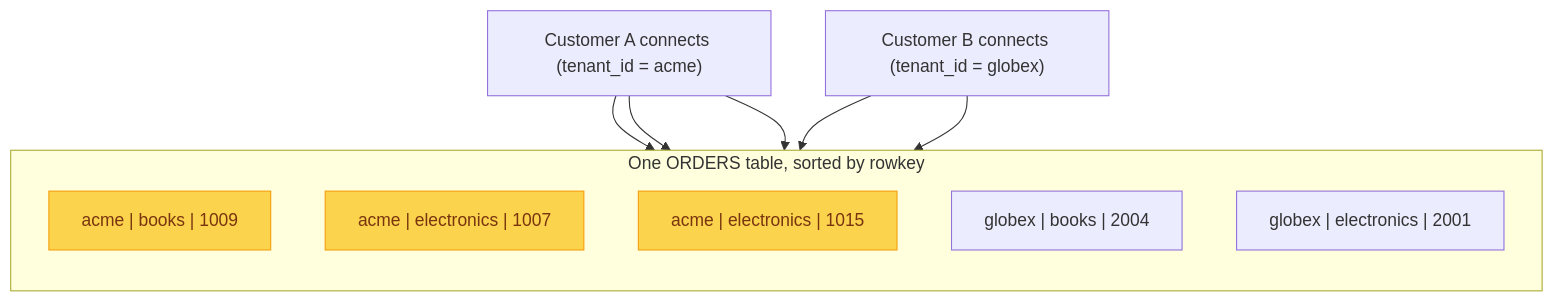
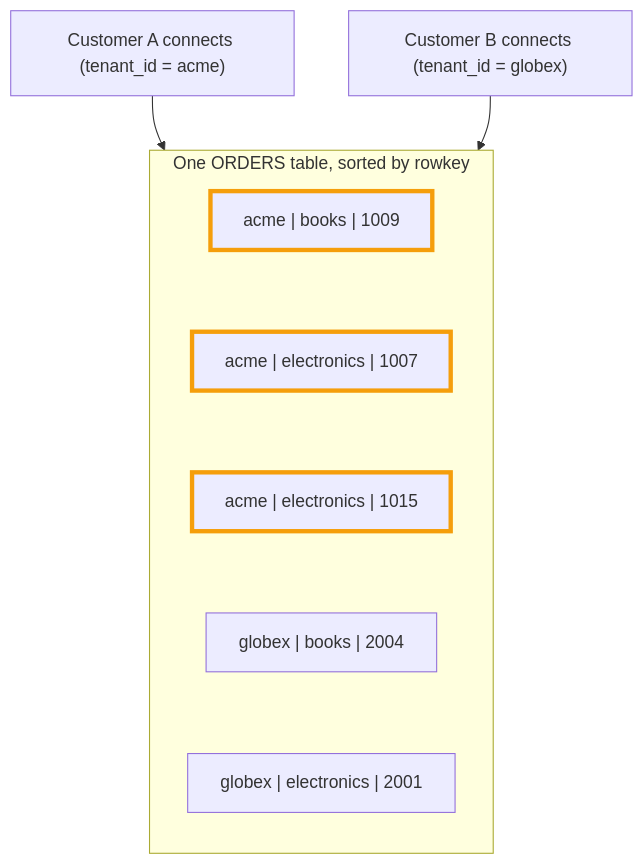
The first of 2 diagrams in src/content/blog/phoenix-features/views-and-multi-tenancy.md (palashc/palashc.github.io), drawn with Mermaid before and after one commit. The commit also changed other lines of this file and 21 other files, not shown here.

````diff
--- a/src/content/blog/phoenix-features/views-and-multi-tenancy.md
+++ b/src/content/blog/phoenix-features/views-and-multi-tenancy.md
@@ -64,21 +64,22 @@
 ```mermaid
 flowchart TB
   ca["Customer A connects (tenant_id = acme)"]
   cb["Customer B connects (tenant_id = globex)"]
   subgraph phys ["One ORDERS table, sorted by rowkey"]
     direction TB
     a1["acme | books | 1009"]
     a2["acme | electronics | 1007"]
     a3["acme | electronics | 1015"]
     b1["globex | books | 2004"]
     b2["globex | electronics | 2001"]
+    a1 ~~~ a2
+    a2 ~~~ a3
+    a3 ~~~ b1
+    b1 ~~~ b2
   end
   ca --> a1
-  ca --> a2
-  ca --> a3
   cb --> b1
-  cb --> b2
-  style a1 fill:#fcd34d,color:#78350f,stroke:#f59e0b
-  style a2 fill:#fcd34d,color:#78350f,stroke:#f59e0b
-  style a3 fill:#fcd34d,color:#78350f,stroke:#f59e0b
+  style a1 stroke:#f59e0b,stroke-width:4px
+  style a2 stroke:#f59e0b,stroke-width:4px
+  style a3 stroke:#f59e0b,stroke-width:4px
 ```
````
